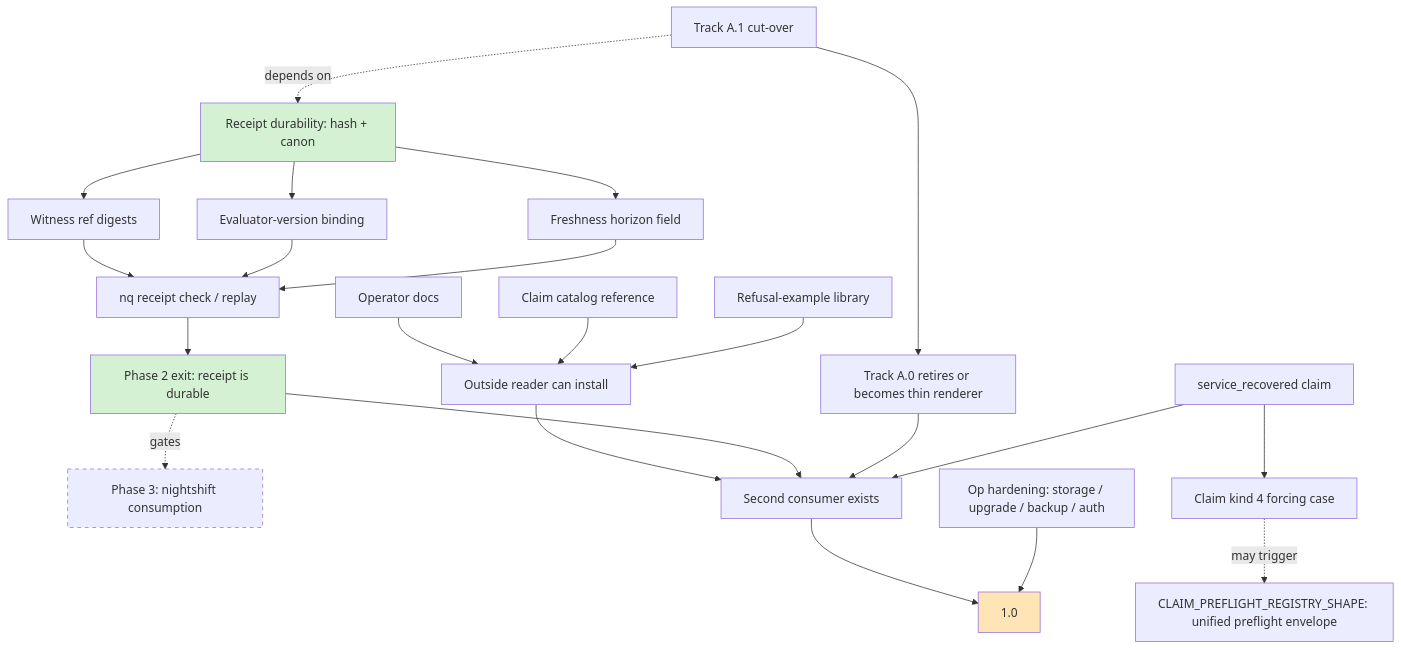
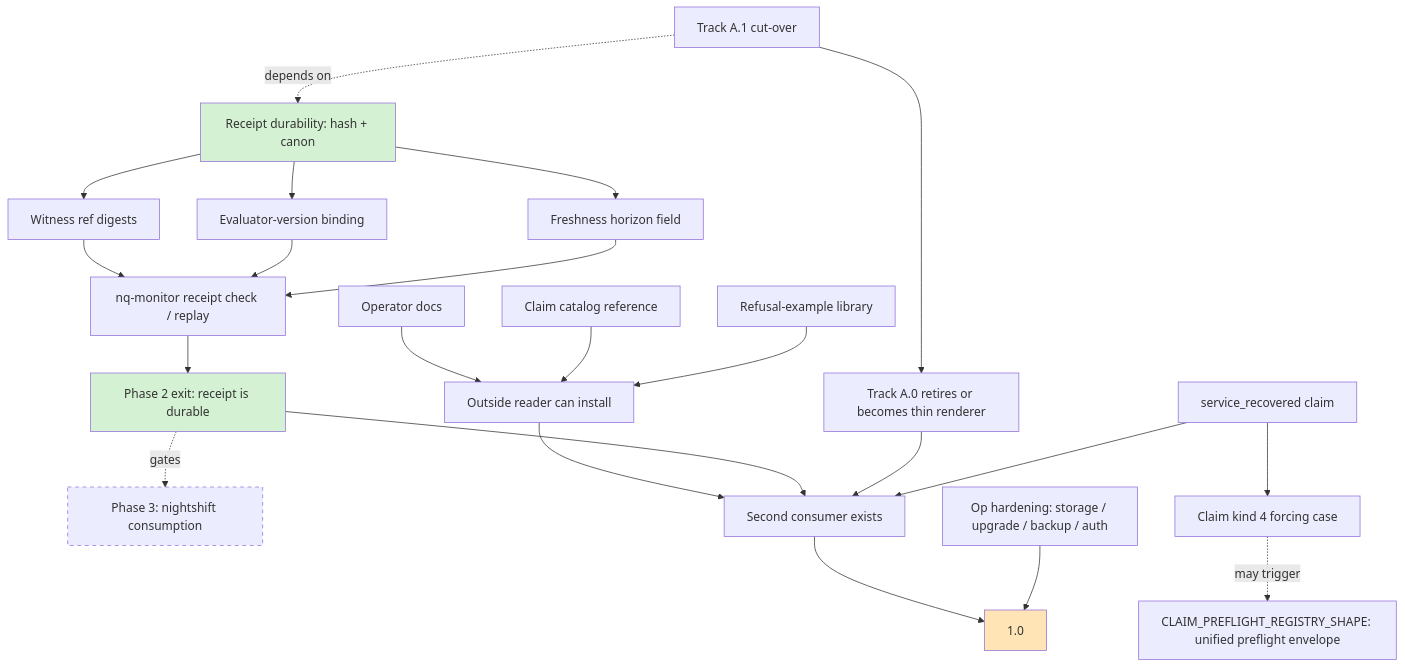
The diagram in docs/working/decisions/PATH_TO_1_0.md (unpingable/nq), drawn with Mermaid before and after one commit. The commit also changed other lines of this file and 139 other files, not shown here.

````diff
--- a/docs/working/decisions/PATH_TO_1_0.md
+++ b/docs/working/decisions/PATH_TO_1_0.md
@@ -117,35 +117,35 @@
 ```mermaid
 graph TD
     A[Receipt durability: hash + canon] --> B[Witness ref digests]
     A --> C[Evaluator-version binding]
     A --> D[Freshness horizon field]
-    B --> E[nq receipt check / replay]
+    B --> E[nq-monitor receipt check / replay]
     C --> E
     D --> E
     E --> F[Phase 2 exit: receipt is durable]
     F -.gates.-> P3[Phase 3: nightshift consumption]
 
     G[Track A.1 cut-over] --> H[Track A.0 retires or becomes thin renderer]
     G -.depends on.-> A
 
     I[service_recovered claim] --> J[Claim kind 4 forcing case]
     J -.may trigger.-> K[CLAIM_PREFLIGHT_REGISTRY_SHAPE: unified preflight envelope]
 
     L[Operator docs] --> M[Outside reader can install]
     N[Claim catalog reference] --> M
     O[Refusal-example library] --> M
 
     M --> Q[Second consumer exists]
     F --> Q
     H --> Q
     I --> Q
 
     Q --> R[1.0]
 
     S[Op hardening: storage / upgrade / backup / auth] --> R
 
     style A fill:#d4f1d4
     style F fill:#d4f1d4
     style R fill:#ffe4b5
     style P3 stroke-dasharray: 5 5
 ```
````
